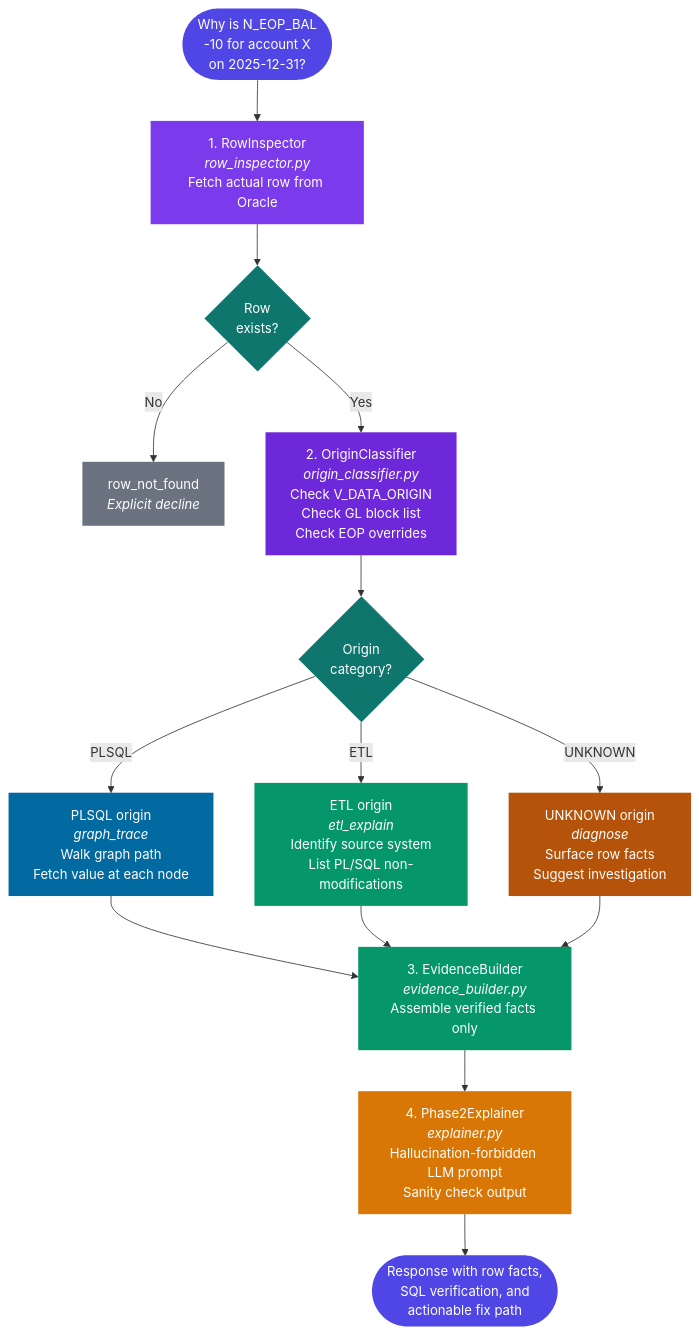
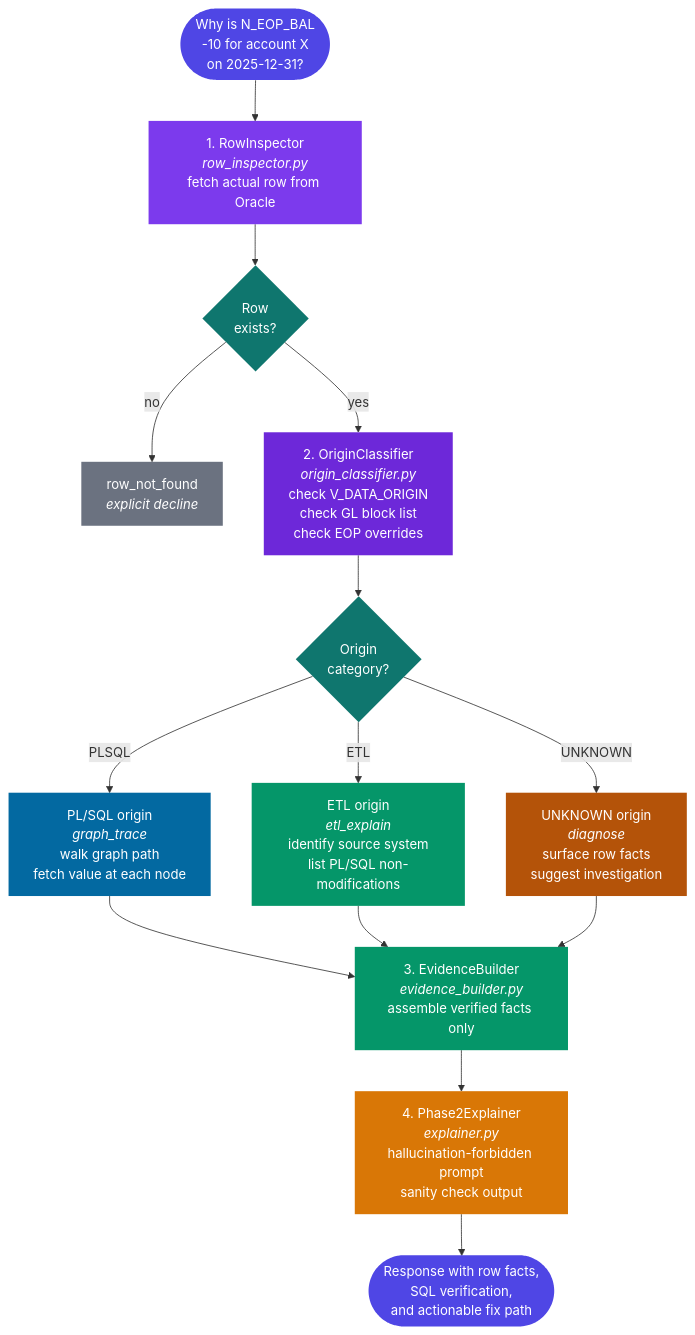
One commit to OsamaAdeel/R-TIE changed the sixth of 9 diagrams in README.md. Above: the diagram before and after it, drawn with Mermaid. The commit also changed other lines of this file, not shown here.

````diff
--- a/README.md
+++ b/README.md
@@ -419,43 +560,43 @@
 ```mermaid
 flowchart TD
     Q(["Why is N_EOP_BAL<br/>-10 for account X<br/>on 2025-12-31?"])
 
-    S1["1. RowInspector<br/><i>row_inspector.py</i><br/>Fetch actual row from Oracle"]
+    S1["1. RowInspector<br/><i>row_inspector.py</i><br/>fetch actual row from Oracle"]
     M{"Row<br/>exists?"}
-    NR["row_not_found<br/><i>Explicit decline</i>"]
+    NR["row_not_found<br/><i>explicit decline</i>"]
 
-    S2["2. OriginClassifier<br/><i>origin_classifier.py</i><br/>Check V_DATA_ORIGIN<br/>Check GL block list<br/>Check EOP overrides"]
+    S2["2. OriginClassifier<br/><i>origin_classifier.py</i><br/>check V_DATA_ORIGIN<br/>check GL block list<br/>check EOP overrides"]
 
     S3{"Origin<br/>category?"}
 
-    S4A["PLSQL origin<br/><i>graph_trace</i><br/>Walk graph path<br/>Fetch value at each node"]
-    S4B["ETL origin<br/><i>etl_explain</i><br/>Identify source system<br/>List PL/SQL non-modifications"]
-    S4C["UNKNOWN origin<br/><i>diagnose</i><br/>Surface row facts<br/>Suggest investigation"]
+    S4A["PL/SQL origin<br/><i>graph_trace</i><br/>walk graph path<br/>fetch value at each node"]
+    S4B["ETL origin<br/><i>etl_explain</i><br/>identify source system<br/>list PL/SQL non-modifications"]
+    S4C["UNKNOWN origin<br/><i>diagnose</i><br/>surface row facts<br/>suggest investigation"]
 
-    S5["3. EvidenceBuilder<br/><i>evidence_builder.py</i><br/>Assemble verified facts only"]
+    S5["3. EvidenceBuilder<br/><i>evidence_builder.py</i><br/>assemble verified facts only"]
 
-    S6["4. Phase2Explainer<br/><i>explainer.py</i><br/>Hallucination-forbidden LLM prompt<br/>Sanity check output"]
+    S6["4. Phase2Explainer<br/><i>explainer.py</i><br/>hallucination-forbidden prompt<br/>sanity check output"]
 
-    OUT(["Response with row facts,<br/>SQL verification, and<br/>actionable fix path"])
+    OUT(["Response with row facts,<br/>SQL verification,<br/>and actionable fix path"])
 
     Q --> S1 --> M
-    M -- "No" --> NR
-    M -- "Yes" --> S2 --> S3
+    M -- "no" --> NR
+    M -- "yes" --> S2 --> S3
     S3 -- "PLSQL" --> S4A --> S5
     S3 -- "ETL" --> S4B --> S5
     S3 -- "UNKNOWN" --> S4C --> S5
     S5 --> S6 --> OUT
 
     style Q fill:#4f46e5,color:#fff,stroke:none
     style S1 fill:#7c3aed,color:#fff,stroke:none
     style M fill:#0f766e,color:#fff,stroke:none
     style NR fill:#6b7280,color:#fff,stroke:none
     style S2 fill:#6d28d9,color:#fff,stroke:none
     style S3 fill:#0f766e,color:#fff,stroke:none
     style S4A fill:#0369a1,color:#fff,stroke:none
     style S4B fill:#059669,color:#fff,stroke:none
     style S4C fill:#b45309,color:#fff,stroke:none
     style S5 fill:#059669,color:#fff,stroke:none
     style S6 fill:#d97706,color:#fff,stroke:none
     style OUT fill:#4f46e5,color:#fff,stroke:none
 ```
````
